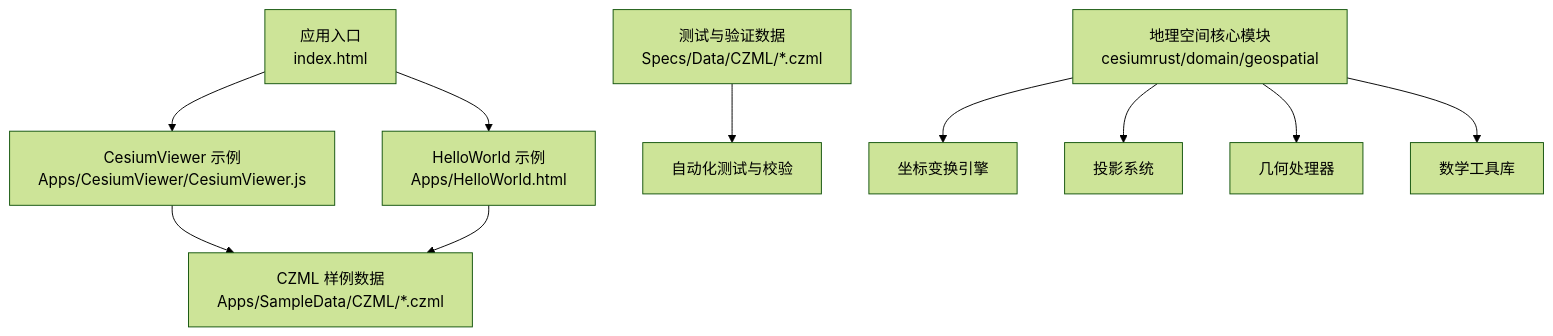
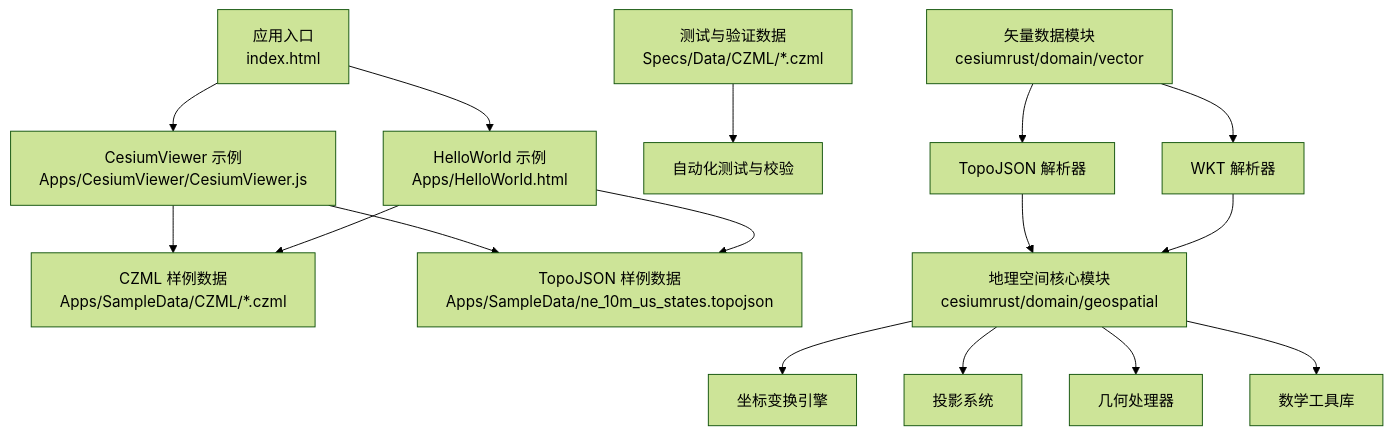
The first of 11 diagrams in .qoder/repowiki/zh/content/项目概述/核心特性/地理空间数据处理/地理空间数据处理.md (rzhangjing/cesium), drawn with Mermaid (forest theme) before and after one commit. The commit also changed other lines of this file and 60 other files, not shown here.

````diff
--- a/.qoder/repowiki/zh/content/项目概述/核心特性/地理空间数据处理/地理空间数据处理.md
+++ b/.qoder/repowiki/zh/content/项目概述/核心特性/地理空间数据处理/地理空间数据处理.md
@@ -71,12 +74,18 @@
 ```mermaid
 graph TB
 A["应用入口<br/>index.html"] --> B["CesiumViewer 示例<br/>Apps/CesiumViewer/CesiumViewer.js"]
 A --> C["HelloWorld 示例<br/>Apps/HelloWorld.html"]
 B --> D["CZML 样例数据<br/>Apps/SampleData/CZML/*.czml"]
+B --> E["TopoJSON 样例数据<br/>Apps/SampleData/ne_10m_us_states.topojson"]
 C --> D
-E["测试与验证数据<br/>Specs/Data/CZML/*.czml"] --> F["自动化测试与校验"]
-G["地理空间核心模块<br/>cesiumrust/domain/geospatial"] --> H["坐标变换引擎"]
-G --> I["投影系统"]
-G --> J["几何处理器"]
-G --> K["数学工具库"]
+C --> E
+F["测试与验证数据<br/>Specs/Data/CZML/*.czml"] --> G["自动化测试与校验"]
+H["地理空间核心模块<br/>cesiumrust/domain/geospatial"] --> I["坐标变换引擎"]
+H --> J["投影系统"]
+H --> K["几何处理器"]
+H --> L["数学工具库"]
+M["矢量数据模块<br/>cesiumrust/domain/vector"] --> N["TopoJSON 解析器"]
+M --> O["WKT 解析器"]
+N --> H
+O --> H
 ```
````
